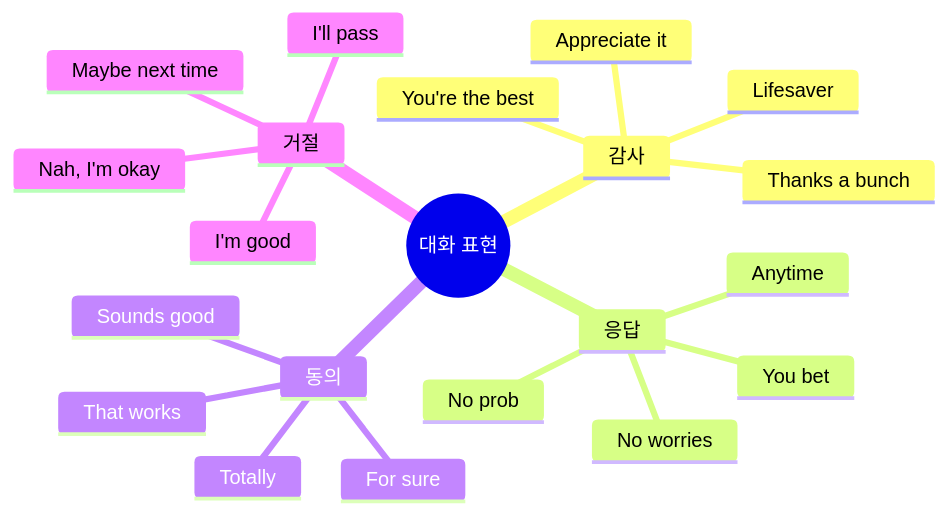
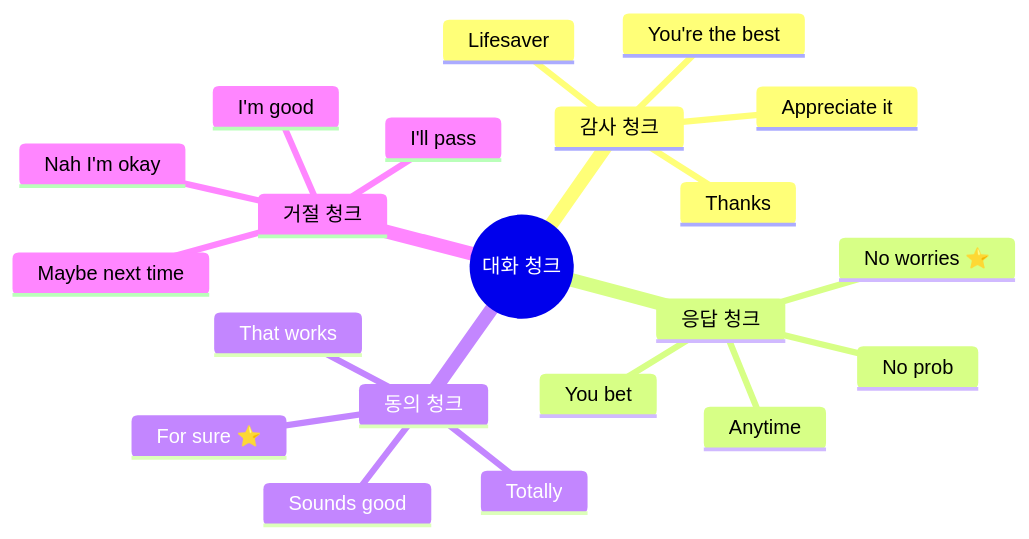
The first of 15 diagrams in 영어_일상_회화/표현_설명/기초_표현/02_감사_응답_표현_체계.md (Collegenie-X/AI-English), drawn with Mermaid before and after one commit. The commit also changed other lines of this file and 26 other files, not shown here.

````diff
--- a/영어_일상_회화/표현_설명/기초_표현/02_감사_응답_표현_체계.md
+++ b/영어_일상_회화/표현_설명/기초_표현/02_감사_응답_표현_체계.md
@@ -17,24 +48,24 @@
 ```mermaid
 mindmap
-  root((대화 표현))
-    감사
-      Thanks a bunch
+  root((대화 청크))
+    감사 청크
+      Thanks
       Appreciate it
       You're the best
       Lifesaver
-    응답
-      No worries
+    응답 청크
+      No worries ⭐
       No prob
       Anytime
       You bet
-    동의
-      For sure
+    동의 청크
+      For sure ⭐
       Totally
       Sounds good
       That works
-    거절
+    거절 청크
       I'm good
       I'll pass
       Maybe next time
-      Nah, I'm okay
+      Nah I'm okay
 ```
````
